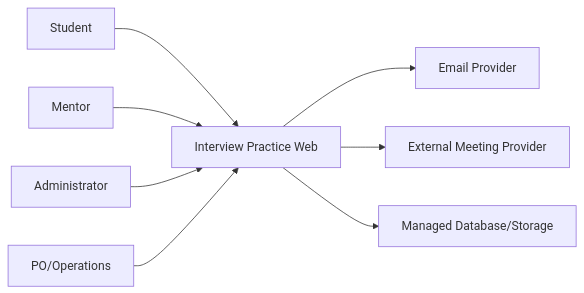
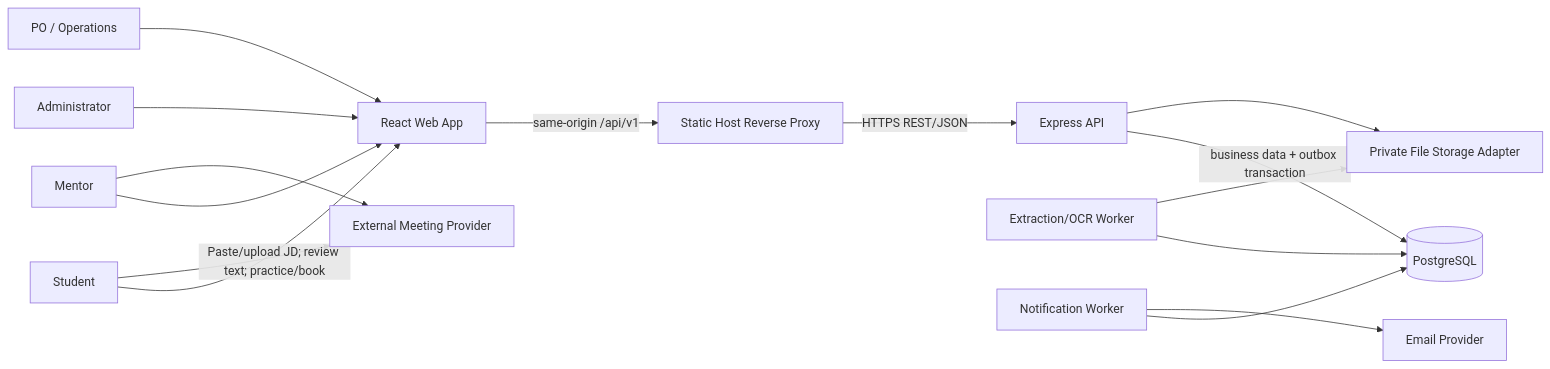
The first of 7 diagrams in docs/Project_Architecture/software_architecture.md (tnnhuaa/InterviewQuestionBank), drawn with Mermaid before and after one commit. The commit also changed other lines of this file and 4 other files, not shown here.

First line of the commit message:
docs(architecture): clarify MVP baseline and PoC validation scope (#2)

````diff
--- a/docs/Project_Architecture/software_architecture.md
+++ b/docs/Project_Architecture/software_architecture.md
@@ -69,10 +92,17 @@
 ```mermaid
 flowchart LR
-    Student["Student"] --> Web["Interview Practice Web"]
-    Mentor["Mentor"] --> Web
-    Admin["Administrator"] --> Web
-    Web --> Email["Email Provider"]
-    Web --> Meet["External Meeting Provider"]
-    Web --> Store["Managed Database/Storage"]
-    Sponsor["PO/Operations"] --> Web
+    Student["Student"] -->|"Paste/upload JD; review text; practice/book"| FE["React Web App"]
+    Mentor["Mentor"] --> FE
+    Admin["Administrator"] --> FE
+    Sponsor["PO / Operations"] --> FE
+    FE -->|"same-origin /api/v1"| Proxy["Static Host Reverse Proxy"]
+    Proxy -->|"HTTPS REST/JSON"| API["Express API"]
+    API -->|"business data + outbox transaction"| DB[("PostgreSQL")]
+    API --> Obj["Private File Storage Adapter"]
+    JDWorker["Extraction/OCR Worker"] --> DB
+    JDWorker --> Obj
+    Worker["Notification Worker"] --> DB
+    Worker --> Email["Email Provider"]
+    Student --> Meet["External Meeting Provider"]
+    Mentor --> Meet
 ```
````
